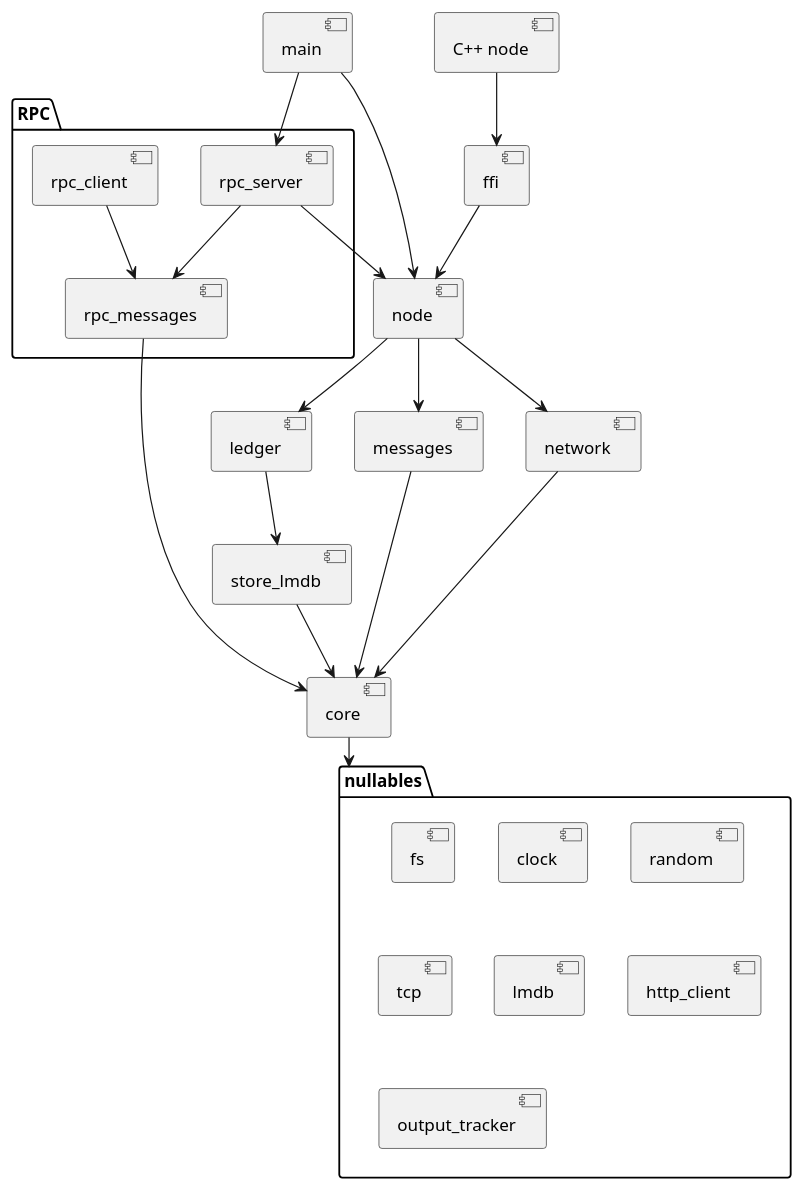
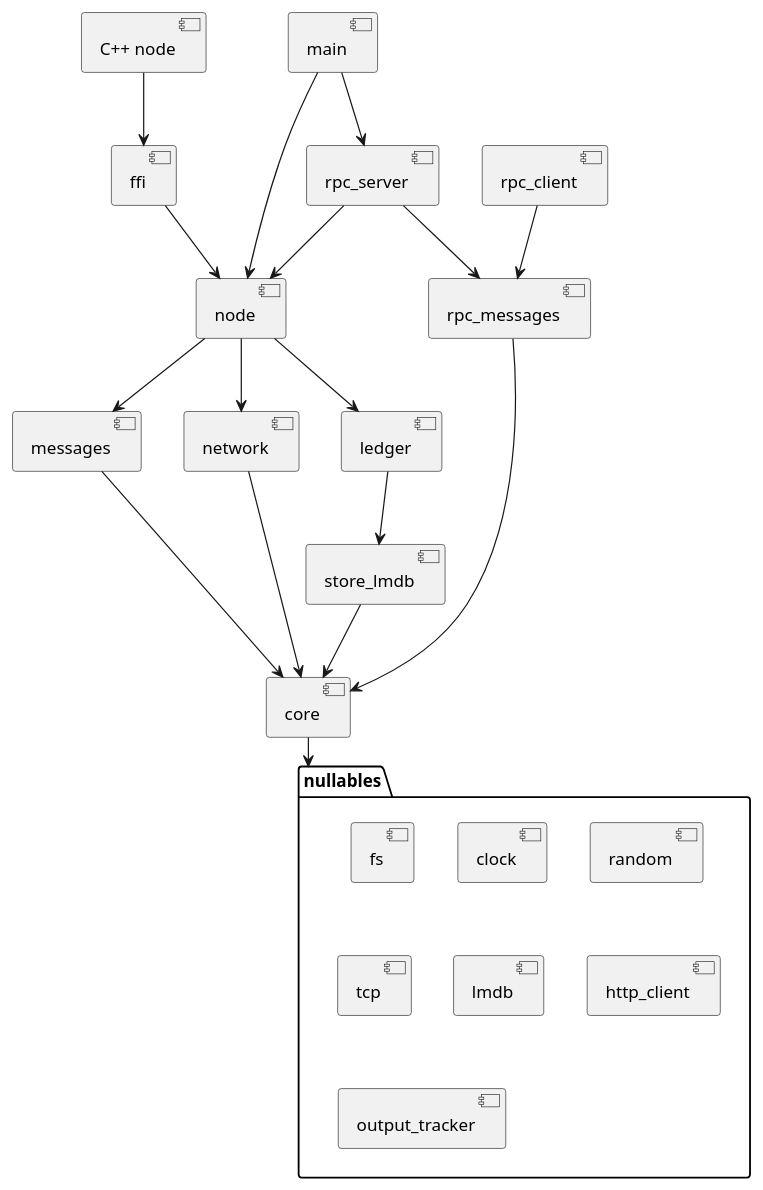
The diagram in rust/doc/crates.puml (stjet/rsban-node), drawn with PlantUML before and after one commit. The commit also changed 13 other files, not shown here.

```diff
--- a/rust/doc/crates.puml
+++ b/rust/doc/crates.puml
@@ -1,46 +1,43 @@
 @startuml "Split crates"
 
 [core]
 [ledger]
 [store_lmdb]
 [messages]
 [network]
 [node]
 [main]
 [ffi]
 [C++ node]
+[rpc_messages]
+[rpc_server]
+[rpc_client]
 
 folder "nullables"{
 [fs]
 [clock]
 [random]
 [tcp]
 [lmdb]
 [http_client]
 [output_tracker]
-}
-
-folder "RPC"{
-    [rpc_messages]
-    [rpc_server]
-    [rpc_client]
 }
 
 [C++ node] --> [ffi]
 [main] --> [node]
 [main] --> [rpc_server]
 [rpc_server] --> [node]
 [rpc_server] --> [rpc_messages]
 [rpc_client] --> [rpc_messages]
 [rpc_messages] --> [core]
 [node] --> [ledger]
 [node] --> [messages]
 [node] --> [network]
 [messages] --> [core]
 [network] --> [core]
 [ledger] --> [store_lmdb]
 [store_lmdb] --> [core]
 [ffi] --> [node]
 [core] --> "nullables"
 
 @enduml
```
